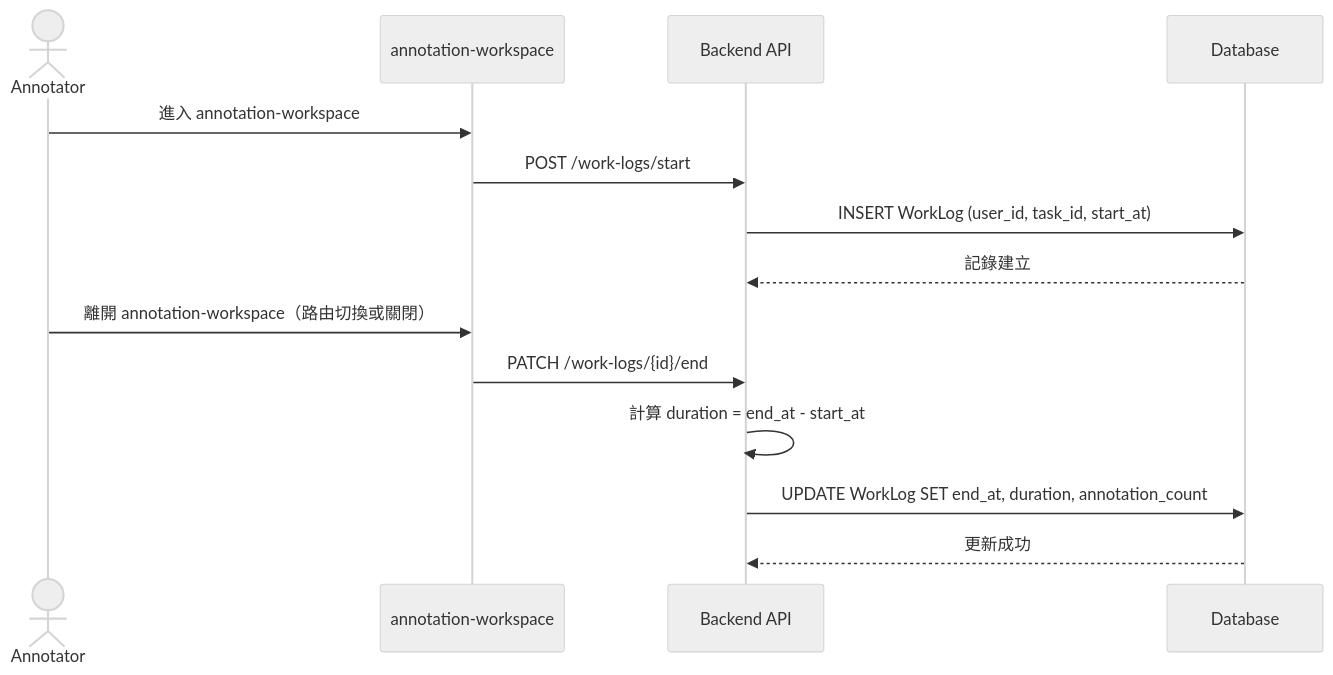
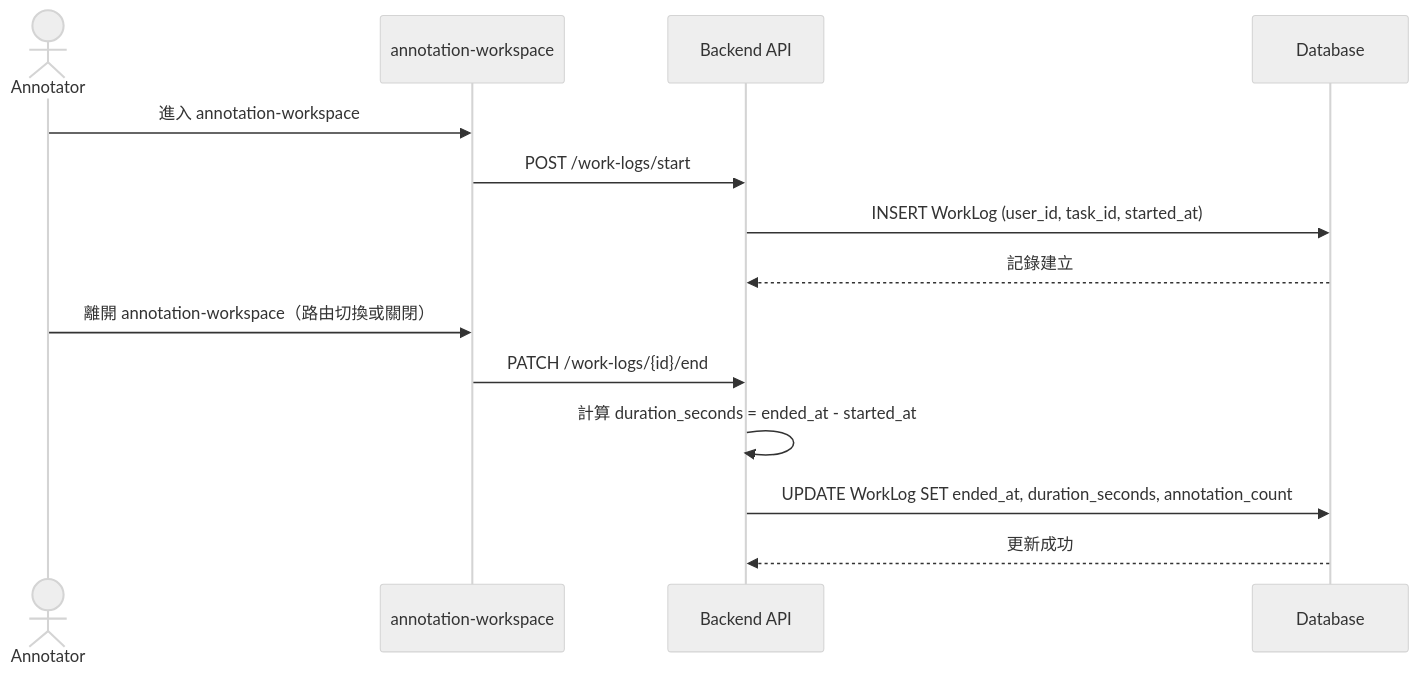
The first of 2 diagrams in specs/annotator-management/009-work-log/spec.md (singyichen/label-suite), drawn with Mermaid (neutral theme) before and after one commit. The commit also changed other lines of this file and 6 other files, not shown here.

````diff
--- a/specs/annotator-management/009-work-log/spec.md
+++ b/specs/annotator-management/009-work-log/spec.md
@@ -10,17 +10,17 @@
 ```mermaid
 sequenceDiagram
     actor A as Annotator
     participant WS as annotation-workspace
     participant API as Backend API
     participant DB as Database
 
     A->>WS: 進入 annotation-workspace
     WS->>API: POST /work-logs/start
-    API->>DB: INSERT WorkLog (user_id, task_id, start_at)
+    API->>DB: INSERT WorkLog (user_id, task_id, started_at)
     DB-->>API: 記錄建立
     A->>WS: 離開 annotation-workspace（路由切換或關閉）
     WS->>API: PATCH /work-logs/{id}/end
-    API->>API: 計算 duration = end_at - start_at
-    API->>DB: UPDATE WorkLog SET end_at, duration, annotation_count
+    API->>API: 計算 duration_seconds = ended_at - started_at
+    API->>DB: UPDATE WorkLog SET ended_at, duration_seconds, annotation_count
     DB-->>API: 更新成功
 ```
````
